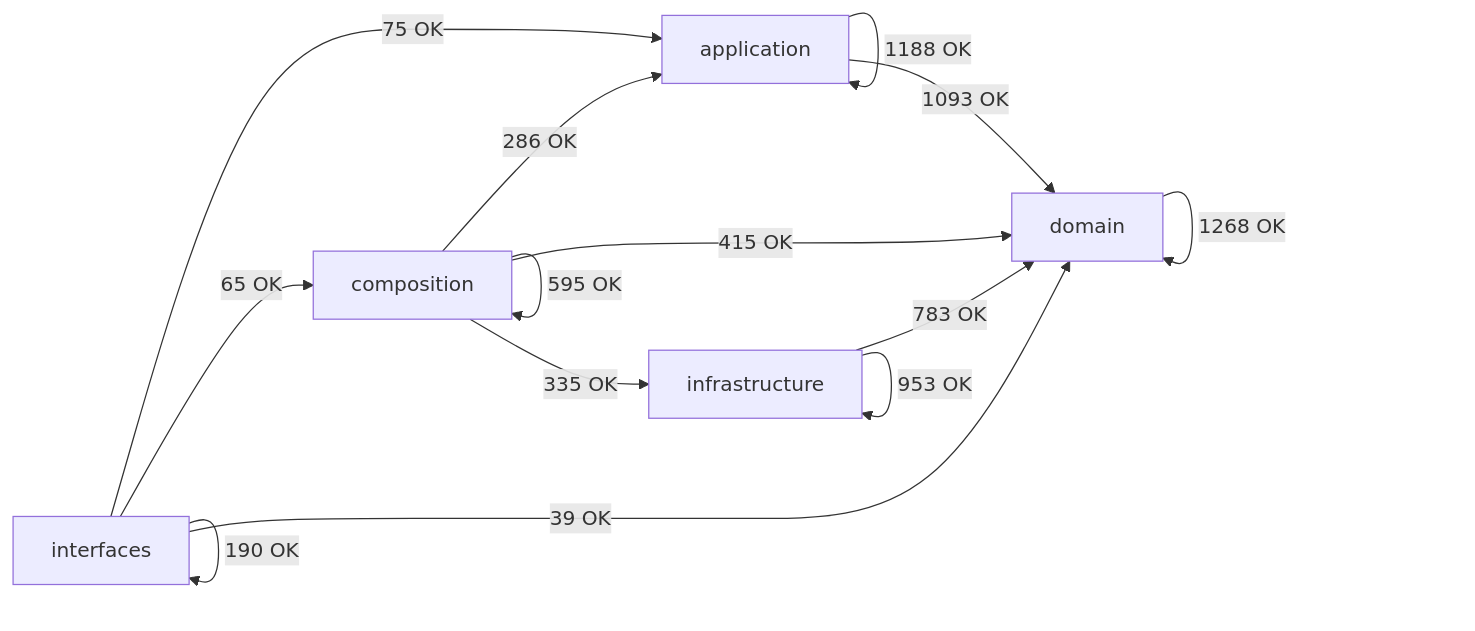
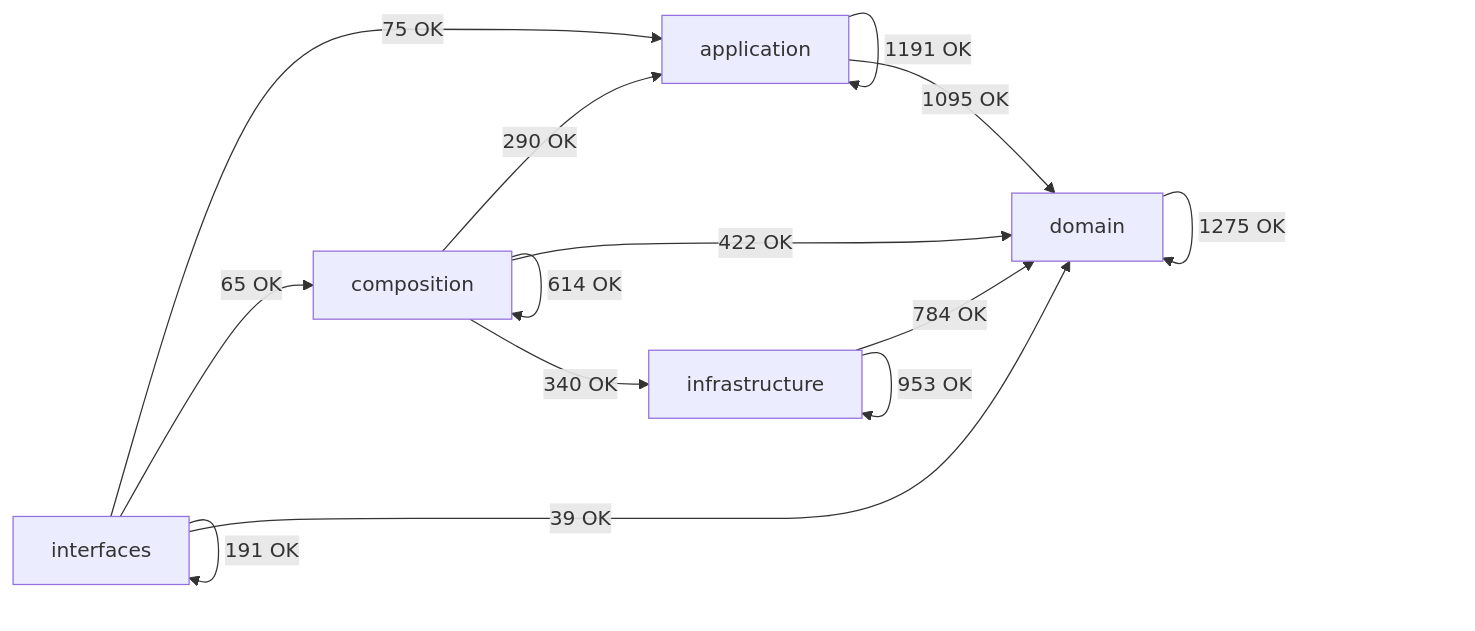
One commit to SatoryKono/BioactivityDataAcquisition changed the diagram in docs/02-architecture/generated/module-dependency-map.md. Above: the diagram before and after it, drawn with Mermaid. The commit also changed other lines of this file and 249 other files, not shown here.

Commit message:
fix: close schema and memory debt follow-ups

````diff
--- a/docs/02-architecture/generated/module-dependency-map.md
+++ b/docs/02-architecture/generated/module-dependency-map.md
@@ -17,21 +17,21 @@
 ```mermaid
 flowchart LR
     domain[domain]
     application[application]
     infrastructure[infrastructure]
     composition[composition]
     interfaces[interfaces]
-    application -->|1188 OK| application
-    application -->|1093 OK| domain
-    composition -->|286 OK| application
-    composition -->|595 OK| composition
-    composition -->|415 OK| domain
-    composition -->|335 OK| infrastructure
-    domain -->|1268 OK| domain
-    infrastructure -->|783 OK| domain
+    application -->|1191 OK| application
+    application -->|1095 OK| domain
+    composition -->|290 OK| application
+    composition -->|614 OK| composition
+    composition -->|422 OK| domain
+    composition -->|340 OK| infrastructure
+    domain -->|1275 OK| domain
+    infrastructure -->|784 OK| domain
     infrastructure -->|953 OK| infrastructure
     interfaces -->|75 OK| application
     interfaces -->|65 OK| composition
     interfaces -->|39 OK| domain
-    interfaces -->|190 OK| interfaces
+    interfaces -->|191 OK| interfaces
 ```
````
